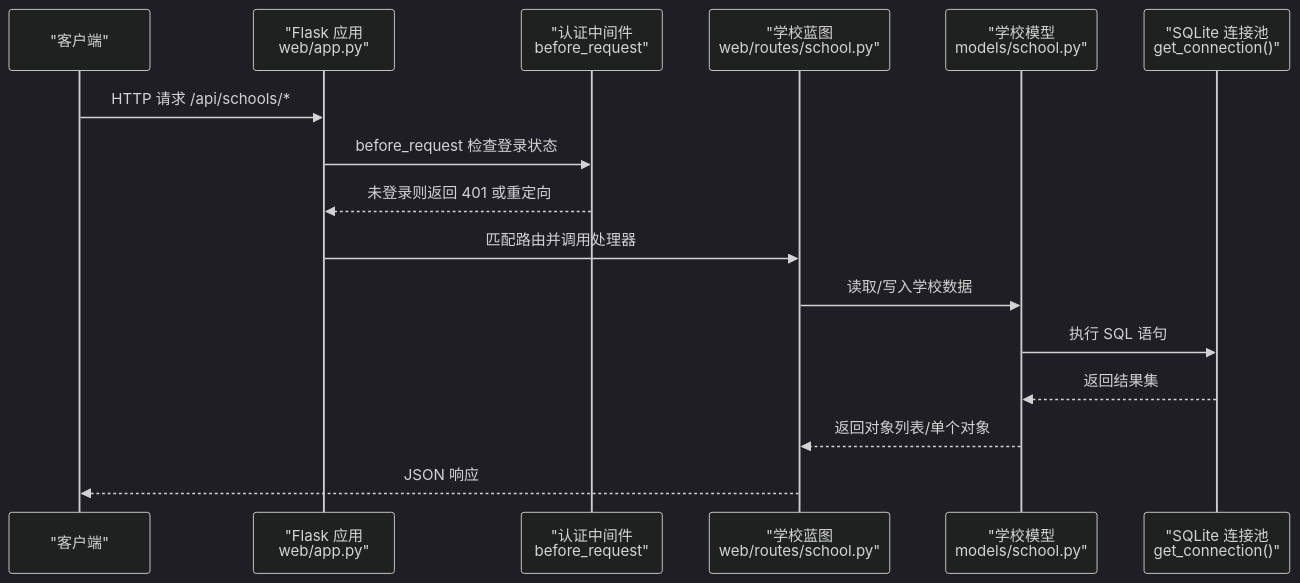
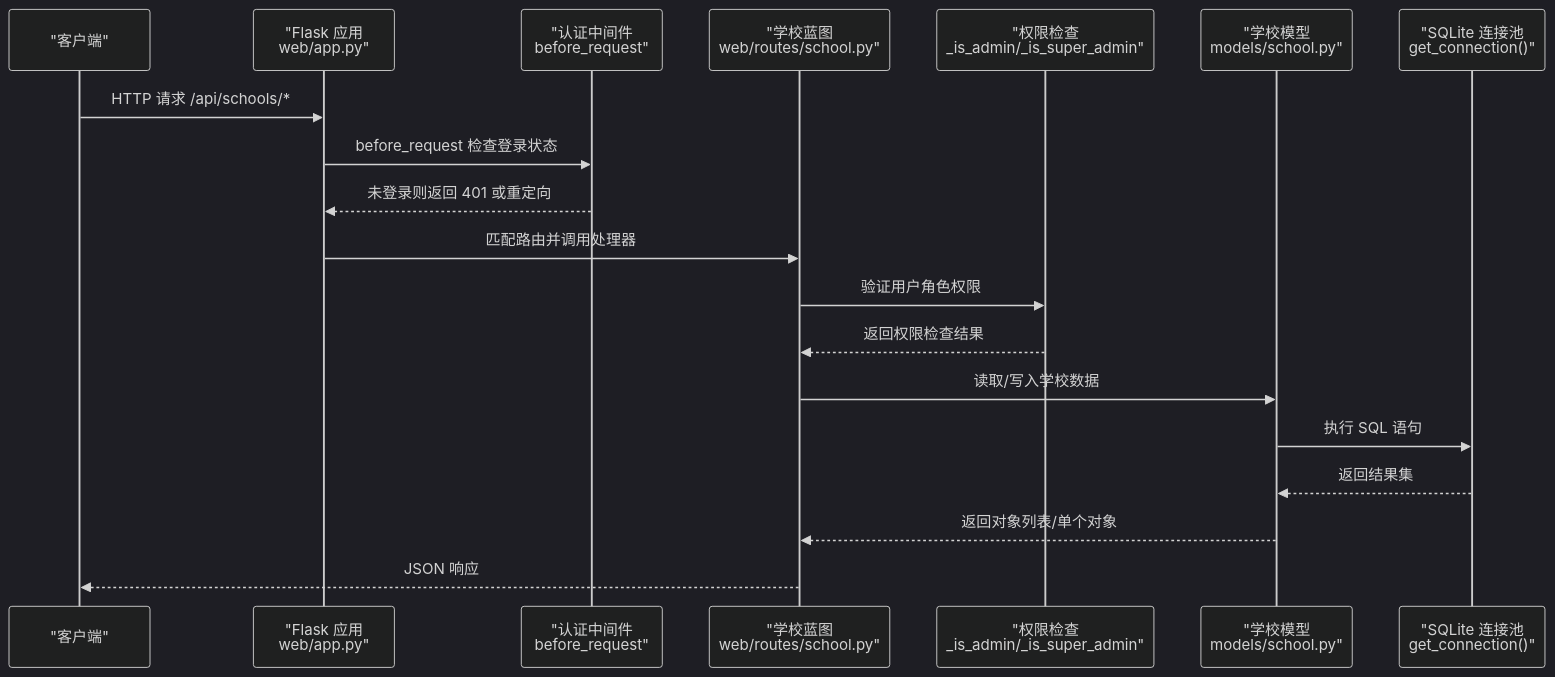
The second of 7 diagrams in .qoder/repowiki/zh/content/Web应用/路由系统/学校管理路由.md (oreovan567-pixel/middle-platform-data-collector), drawn with Mermaid (dark theme) before and after one commit. The commit also changed other lines of this file and 11 other files, not shown here.

````diff
--- a/.qoder/repowiki/zh/content/Web应用/路由系统/学校管理路由.md
+++ b/.qoder/repowiki/zh/content/Web应用/路由系统/学校管理路由.md
@@ -78,18 +93,21 @@
 ```mermaid
 sequenceDiagram
 participant Client as "客户端"
 participant App as "Flask 应用<br/>web/app.py"
 participant Auth as "认证中间件<br/>before_request"
 participant SchoolBP as "学校蓝图<br/>web/routes/school.py"
+participant RoleCheck as "权限检查<br/>_is_admin/_is_super_admin"
 participant SchoolModel as "学校模型<br/>models/school.py"
 participant DB as "SQLite 连接池<br/>get_connection()"
 Client->>App : HTTP 请求 /api/schools/*
 App->>Auth : before_request 检查登录状态
 Auth-->>App : 未登录则返回 401 或重定向
 App->>SchoolBP : 匹配路由并调用处理器
+SchoolBP->>RoleCheck : 验证用户角色权限
+RoleCheck-->>SchoolBP : 返回权限检查结果
 SchoolBP->>SchoolModel : 读取/写入学校数据
 SchoolModel->>DB : 执行 SQL 语句
 DB-->>SchoolModel : 返回结果集
 SchoolModel-->>SchoolBP : 返回对象列表/单个对象
 SchoolBP-->>Client : JSON 响应
 ```
````
